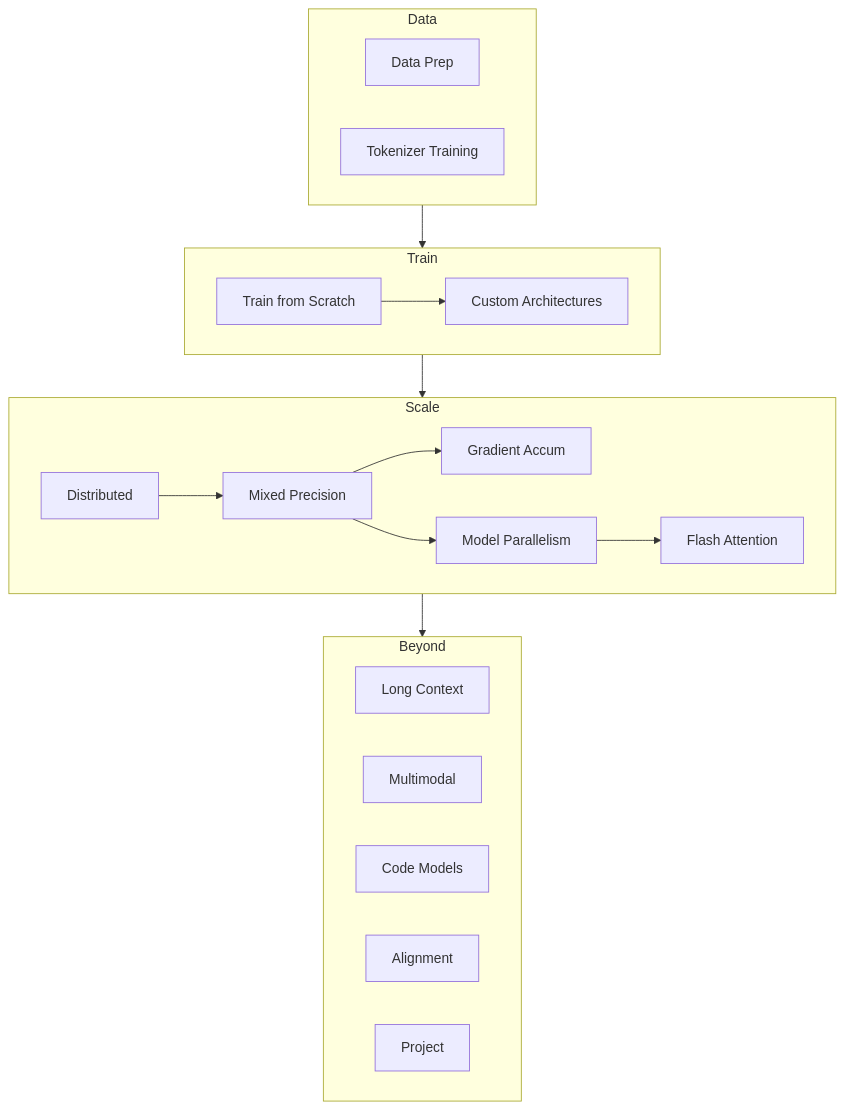
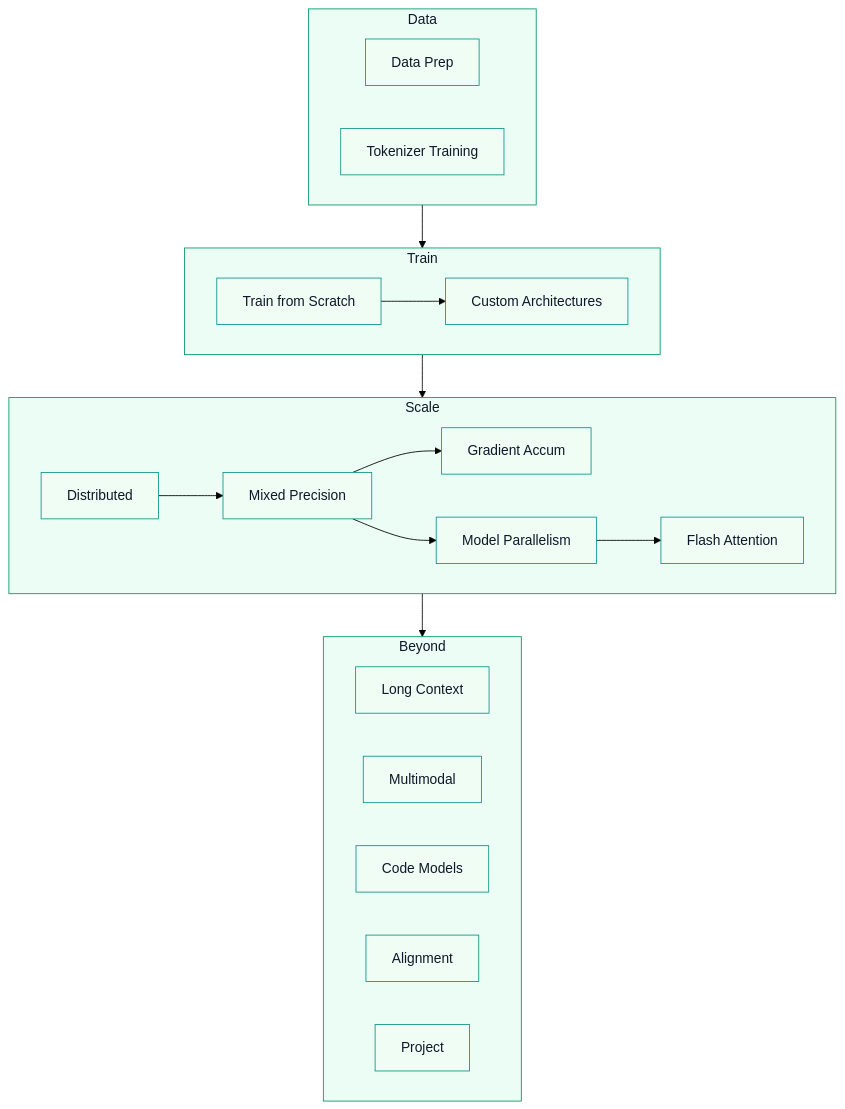
Before and after one commit to nexageapps/LLM: the sixth of 7 diagrams in README.md, drawn with Mermaid. The commit also changed other lines of this file, not shown here.

````diff
--- a/README.md
+++ b/README.md
@@ -248,35 +253,36 @@
 ```mermaid
+%%{init: {'theme':'base', 'themeVariables': {'primaryTextColor':'#0f172a', 'primaryColor':'#dcfce7', 'primaryBorderColor':'#15803d', 'secondaryTextColor':'#0f172a', 'secondaryColor':'#dbeafe', 'tertiaryTextColor':'#0f172a', 'tertiaryColor':'#e0e7ff', 'background':'#ffffff', 'mainBkg':'#f0fdf4', 'textColor':'#1e293b', 'titleColor':'#0f172a', 'clusterBkg':'#ecfdf5', 'clusterBorder':'#059669', 'nodeBorder':'#0d9488', 'edgeColor':'#475569'}}}%%
 flowchart TB
     subgraph Train
         L31[Train from Scratch]
         L32[Custom Architectures]
         L31 --> L32
     end
 
     subgraph Scale
         L33[Distributed]
         L34[Mixed Precision]
         L35[Gradient Accum]
         L39[Model Parallelism]
         L40[Flash Attention]
         L33 --> L34 --> L35
         L34 --> L39 --> L40
     end
 
     subgraph Data
         L37[Data Prep]
         L38[Tokenizer Training]
     end
 
     subgraph Beyond
         L41[Long Context]
         L42[Multimodal]
         L43[Code Models]
         L44[Alignment]
         L45[Project]
     end
 
     Train --> Scale
     Data --> Train
     Scale --> Beyond
 ```
````
